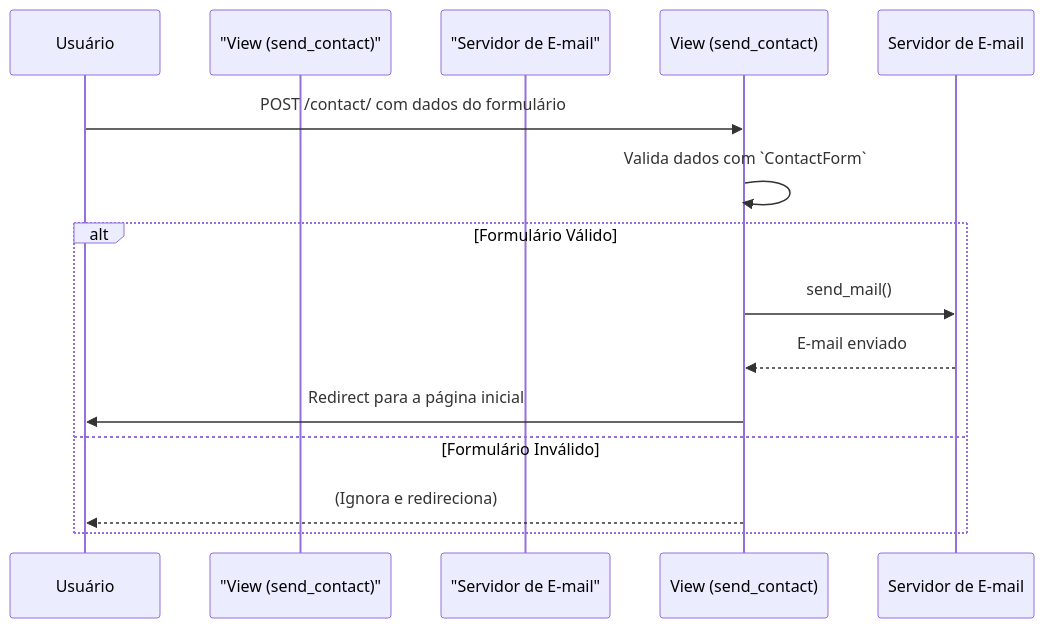
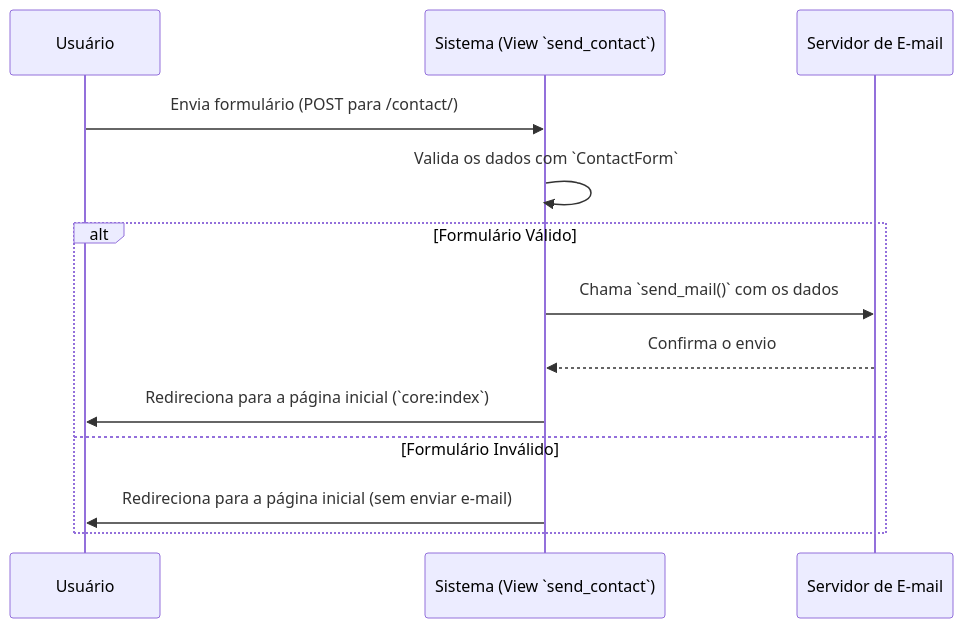
Before and after one commit to Andre-fdias/SisCoE: the diagram in docs/apps/crm.md, drawn with Mermaid. The commit also changed other lines of this file and 17 other files, not shown here.

````diff
--- a/docs/apps/crm.md
+++ b/docs/apps/crm.md
@@ -21,16 +31,16 @@
 ```mermaid
 sequenceDiagram
-    participant Usuário
-    participant "View (send_contact)"
-    participant "Servidor de E-mail"
+    participant U as Usuário
+    participant S as Sistema (View `send_contact`)
+    participant EmailSvc as Servidor de E-mail
 
-    Usuário->>View (send_contact): POST /contact/ com dados do formulário
-    View (send_contact)->>View (send_contact): Valida dados com `ContactForm`
+    U->>S: Envia formulário (POST para /contact/)
+    S->>S: Valida os dados com `ContactForm`
     alt Formulário Válido
-        View (send_contact)->>Servidor de E-mail: send_mail()
-        Servidor de E-mail-->>View (send_contact): E-mail enviado
-        View (send_contact)->>Usuário: Redirect para a página inicial
+        S->>EmailSvc: Chama `send_mail()` com os dados
+        EmailSvc-->>S: Confirma o envio
+        S->>U: Redireciona para a página inicial (`core:index`)
     else Formulário Inválido
-        View (send_contact)-->>Usuário: (Ignora e redireciona)
+        S->>U: Redireciona para a página inicial (sem enviar e-mail)
     end
 ```
````
